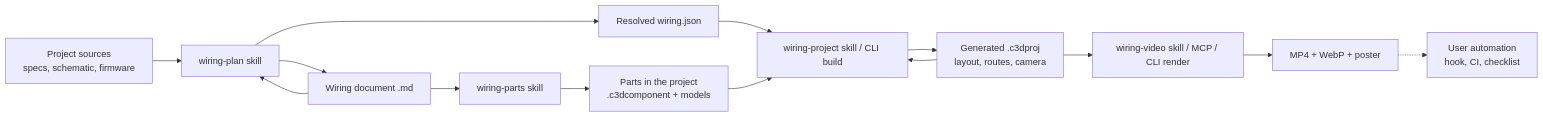
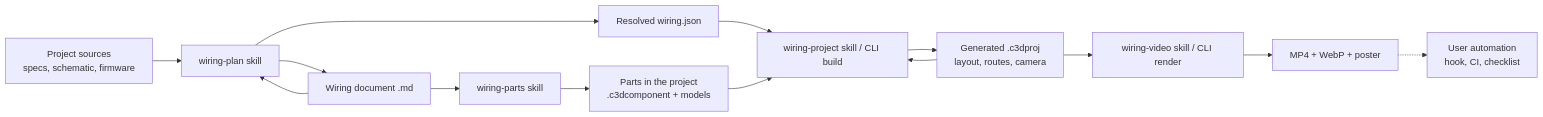
Before and after one commit to docteurzoidberg/circuit-studio-agent-kit: the diagram in PLAN.md, drawn with Mermaid. The commit also changed other lines of this file and 12 other files, not shown here.

````diff
--- a/PLAN.md
+++ b/PLAN.md
@@ -53,16 +54,16 @@
 ```mermaid
 flowchart LR
   SRC[Project sources<br/>specs, schematic, firmware] --> A[wiring-plan skill]
   A --> DOC[Wiring document .md]
   DOC --> A
   A --> JSON[Resolved wiring.json]
   DOC --> B[wiring-parts skill]
   B --> PARTS[Parts in the project<br/>.c3dcomponent + models]
   JSON --> P[wiring-project skill / CLI build]
   PARTS --> P
   P --> PROJ[Generated .c3dproj<br/>layout, routes, camera]
   PROJ --> P
-  PROJ --> C[wiring-video skill / MCP / CLI render]
+  PROJ --> C[wiring-video skill / CLI render]
   C --> OUT[MP4 + WebP + poster]
   OUT -.-> AUTO[User automation<br/>hook, CI, checklist]
 ```
````
